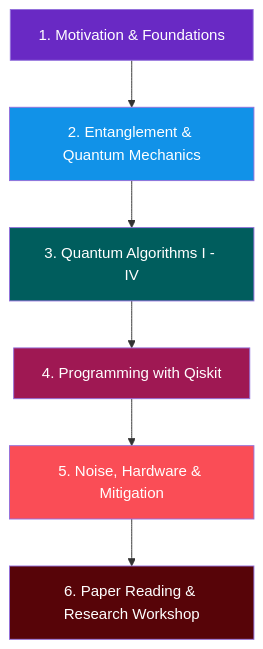
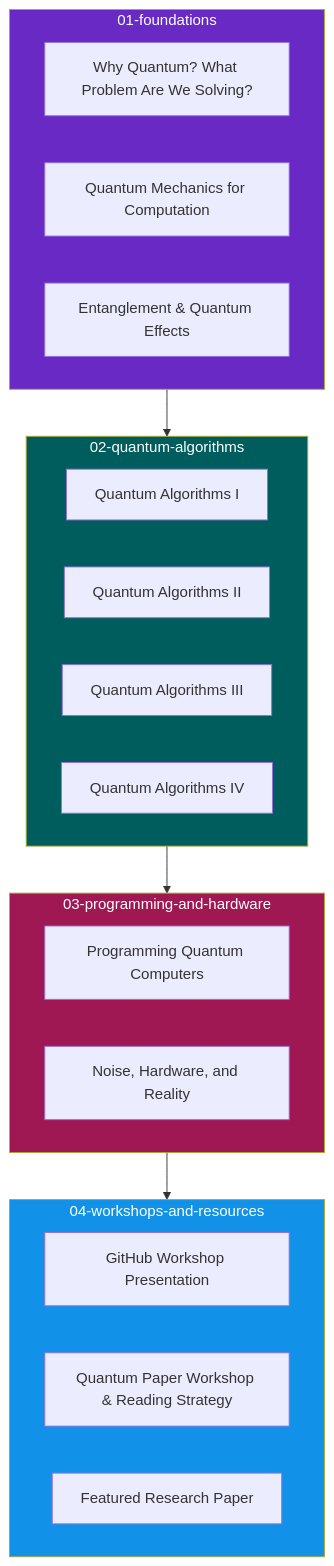
One commit to jaswantlhz/QGSS-26-lecture-slides-and-Docs changed the diagram in README.md. Above: the diagram before and after it, drawn with Mermaid. The commit also changed other lines of this file and 15 other files, not shown here.

````diff
--- a/README.md
+++ b/README.md
@@ -70,15 +80,35 @@
 ```mermaid
 flowchart TD
-    A[1. Motivation & Foundations] --> B[2. Entanglement & Quantum Mechanics]
-    B --> C[3. Quantum Algorithms I - IV]
-    C --> D[4. Programming with Qiskit]
-    D --> E[5. Noise, Hardware & Mitigation]
-    E --> F[6. Paper Reading & Research Workshop]
+    subgraph F1["01-foundations"]
+        A1["Why Quantum? What Problem Are We Solving?"]
+        A2["Quantum Mechanics for Computation"]
+        A3["Entanglement & Quantum Effects"]
+    end
 
-    style A fill:#6929C4,color:#fff
-    style B fill:#1192E8,color:#fff
-    style C fill:#005D5D,color:#fff
-    style D fill:#9F1853,color:#fff
-    style E fill:#fa4d56,color:#fff
-    style F fill:#570408,color:#fff
+    subgraph F2["02-quantum-algorithms"]
+        B1["Quantum Algorithms I"]
+        B2["Quantum Algorithms II"]
+        B3["Quantum Algorithms III"]
+        B4["Quantum Algorithms IV"]
+    end
+
+    subgraph F3["03-programming-and-hardware"]
+        C1["Programming Quantum Computers"]
+        C2["Noise, Hardware, and Reality"]
+    end
+
+    subgraph F4["04-workshops-and-resources"]
+        D1["GitHub Workshop Presentation"]
+        D2["Quantum Paper Workshop & Reading Strategy"]
+        D3["Featured Research Paper"]
+    end
+
+    F1 --> F2
+    F2 --> F3
+    F3 --> F4
+
+    style F1 fill:#6929C4,color:#fff
+    style F2 fill:#005D5D,color:#fff
+    style F3 fill:#9F1853,color:#fff
+    style F4 fill:#1192E8,color:#fff
 ```
````
